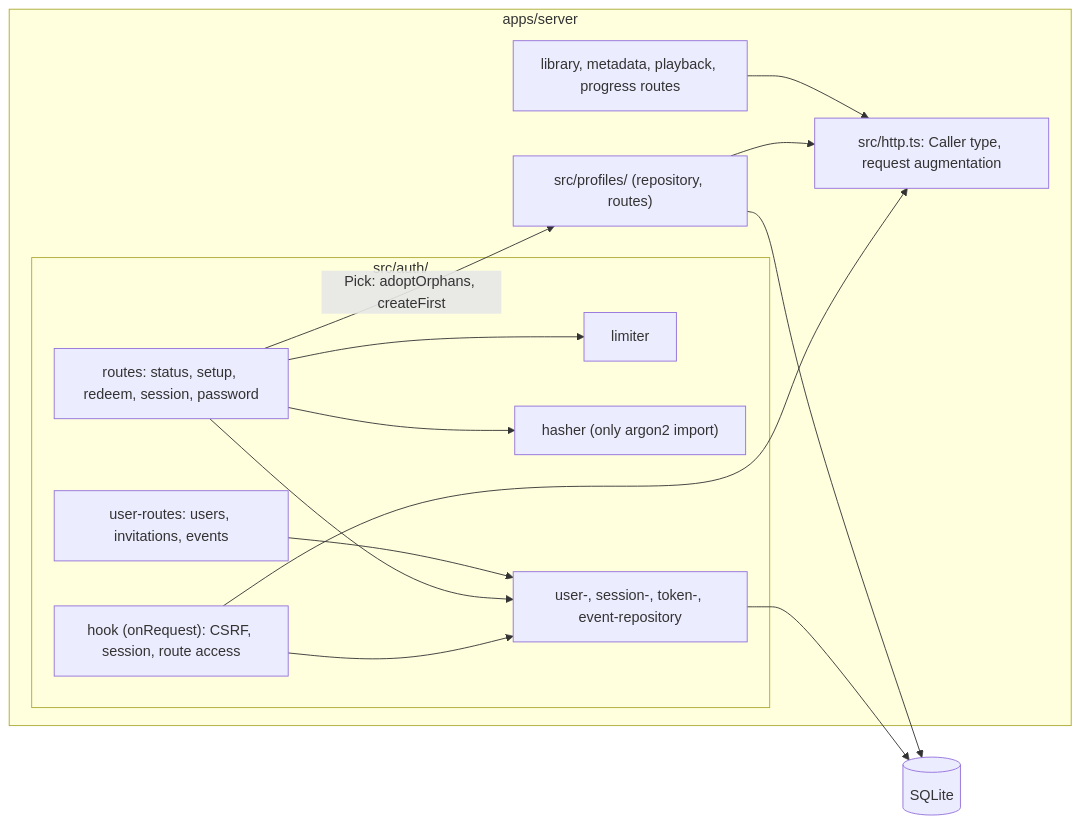
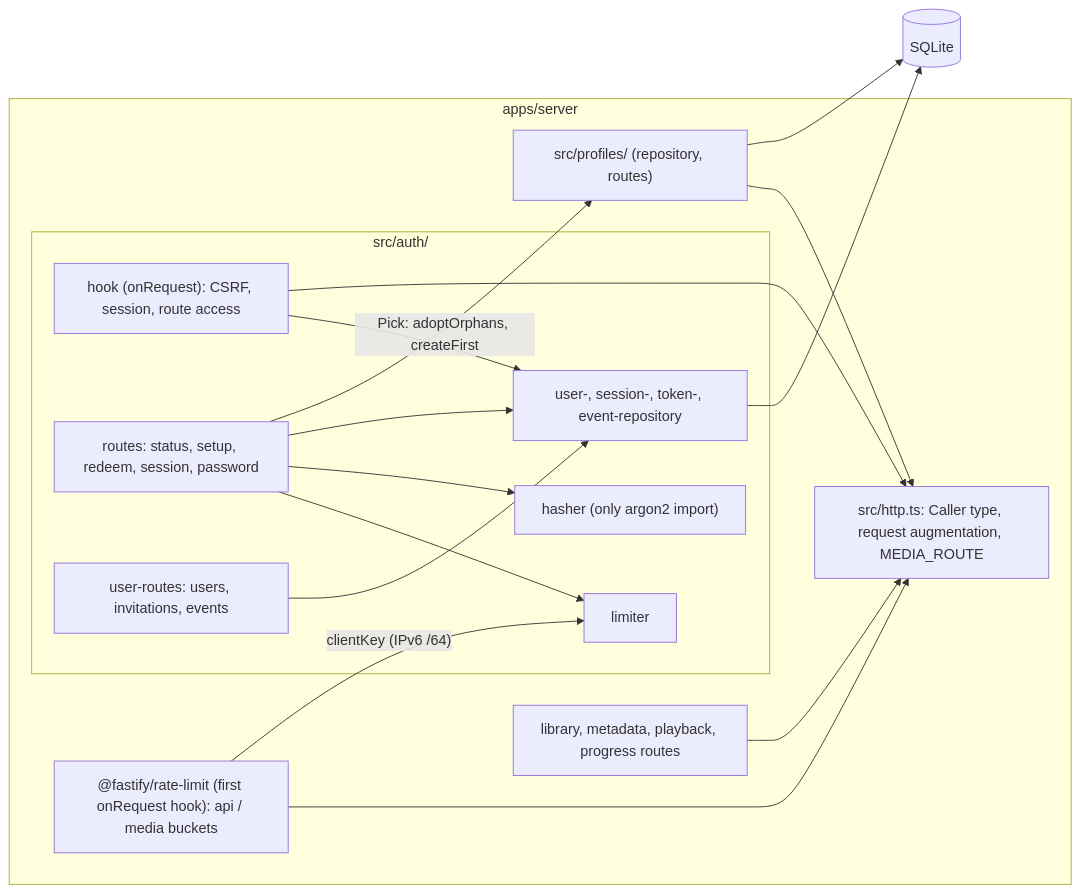
The diagram in docs/architecture/diagrams/auth/03-component.md (benoit-bremaud/popcorntv), drawn with Mermaid before and after one commit. The commit also changed other lines of this file and 9 other files, not shown here.

First line of the commit message:
fix(security): key the rate limit per IPv6 /64 and cap media floods

````diff
--- a/docs/architecture/diagrams/auth/03-component.md
+++ b/docs/architecture/diagrams/auth/03-component.md
@@ -15,29 +15,32 @@
 ```mermaid
 flowchart LR
   subgraph Server["apps/server"]
-    Http["src/http.ts: Caller type, request augmentation"]
+    Http["src/http.ts: Caller type, request augmentation, MEDIA_ROUTE"]
+    Global["@fastify/rate-limit (first onRequest hook): api / media buckets"]
     subgraph Auth["src/auth/"]
       Hook["hook (onRequest): CSRF, session, route access"]
       Routes["routes: status, setup, redeem, session, password"]
       UserRoutes["user-routes: users, invitations, events"]
       Limiter["limiter"]
       Hasher["hasher (only argon2 import)"]
       Repos["user-, session-, token-, event-repository"]
     end
     Profiles["src/profiles/ (repository, routes)"]
     Others["library, metadata, playback, progress routes"]
   end
   DB[("SQLite")]
 
+  Global -->|"clientKey (IPv6 /64)"| Limiter
+  Global --> Http
   Hook --> Repos
   Hook --> Http
   Routes --> Limiter
   Routes --> Hasher
   Routes --> Repos
   UserRoutes --> Repos
   Routes -->|"Pick: adoptOrphans, createFirst"| Profiles
   Profiles --> Http
   Others --> Http
   Repos --> DB
   Profiles --> DB
 ```
````
